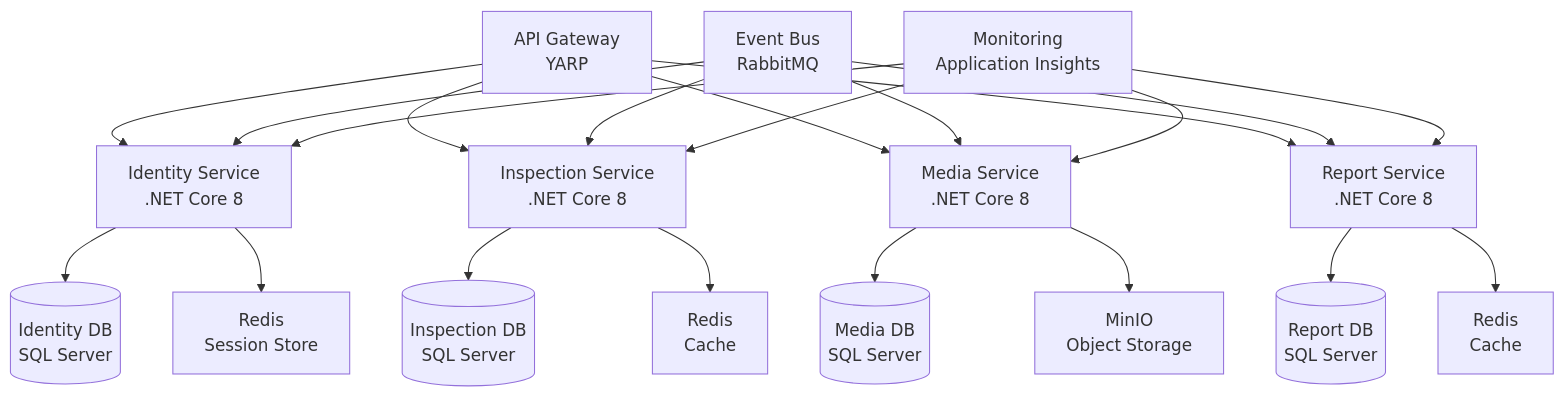
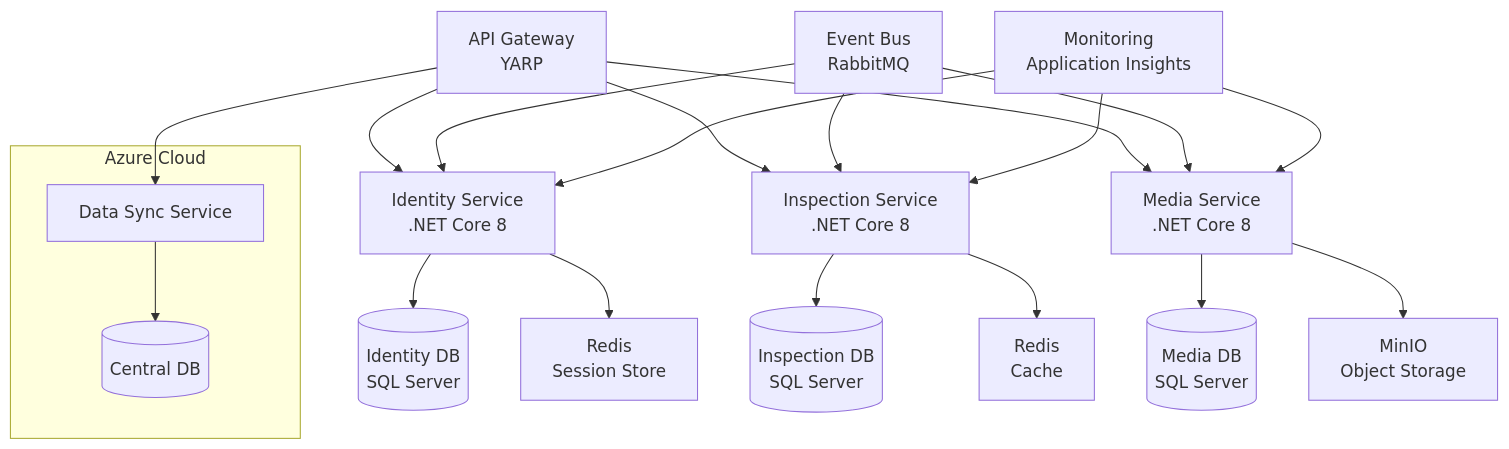
Before and after one commit to sakiman/IP68: the second of 4 diagrams in IP68_Spec.md, drawn with Mermaid. The commit also changed other lines of this file and 1 other file, not shown here.

Commit message:
update .md - remove report services

````diff
--- a/IP68_Spec.md
+++ b/IP68_Spec.md
@@ -634,29 +638,29 @@
 ```mermaid
 graph TD
     A[API Gateway<br/>YARP] --> B[Identity Service<br/>.NET Core 8]
     A --> C[Inspection Service<br/>.NET Core 8]
     A --> D[Media Service<br/>.NET Core 8]
-    A --> E[Report Service<br/>.NET Core 8]
     
     B --> F[(Identity DB<br/>SQL Server)]
     B --> G[Redis<br/>Session Store]
     
     C --> H[(Inspection DB<br/>SQL Server)]
     C --> I[Redis<br/>Cache]
     
     D --> J[(Media DB<br/>SQL Server)]
     D --> K[MinIO<br/>Object Storage]
     
-    E --> L[(Report DB<br/>SQL Server)]
-    E --> M[Redis<br/>Cache]
+    subgraph Azure Cloud
+    Z[Data Sync Service] --> Y[(Central DB)]
+    end
+    
+    A --> Z
     
     N[Event Bus<br/>RabbitMQ] --> B
     N --> C
     N --> D
-    N --> E
     
     O[Monitoring<br/>Application Insights] --> B
     O --> C
     O --> D
-    O --> E
 ```
````
